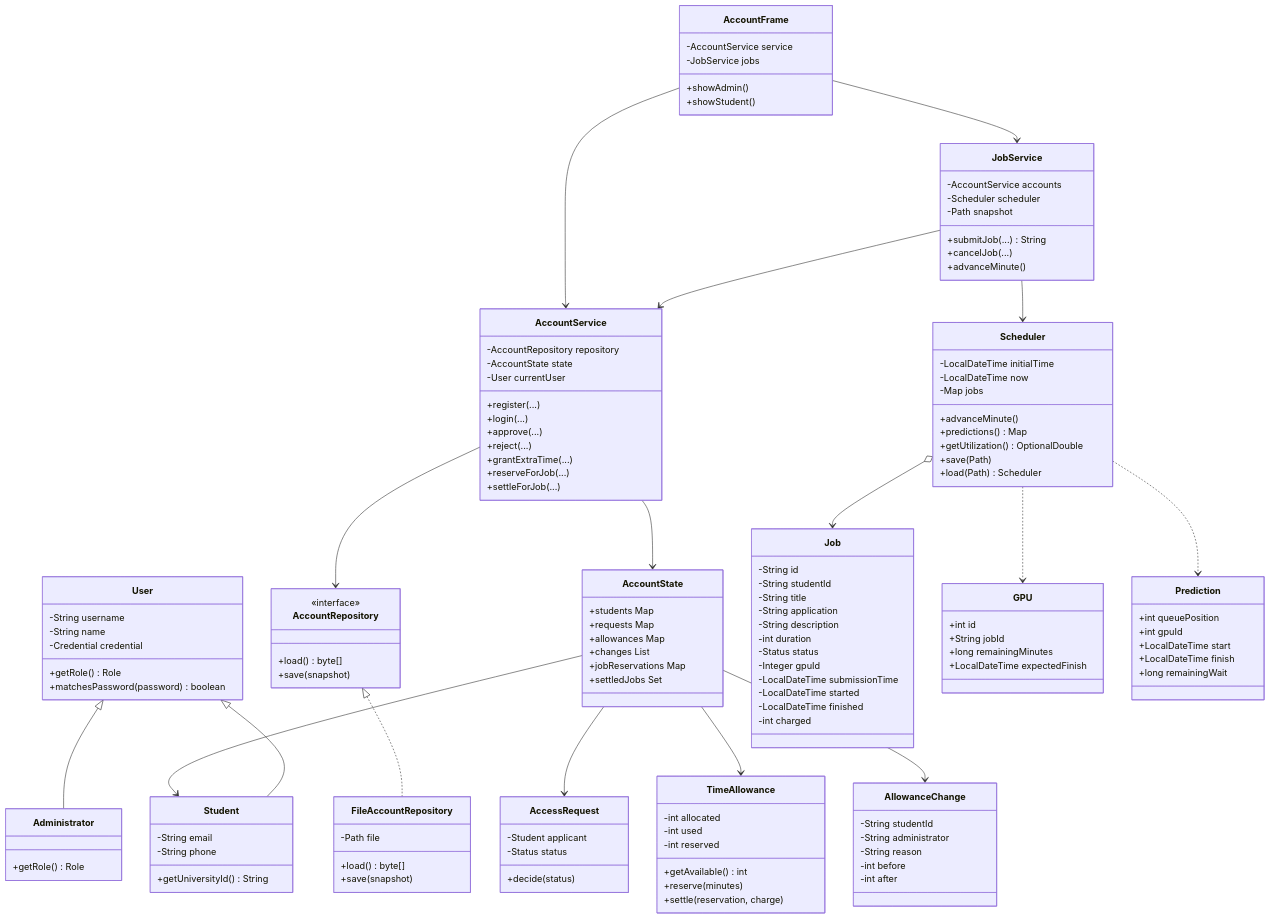
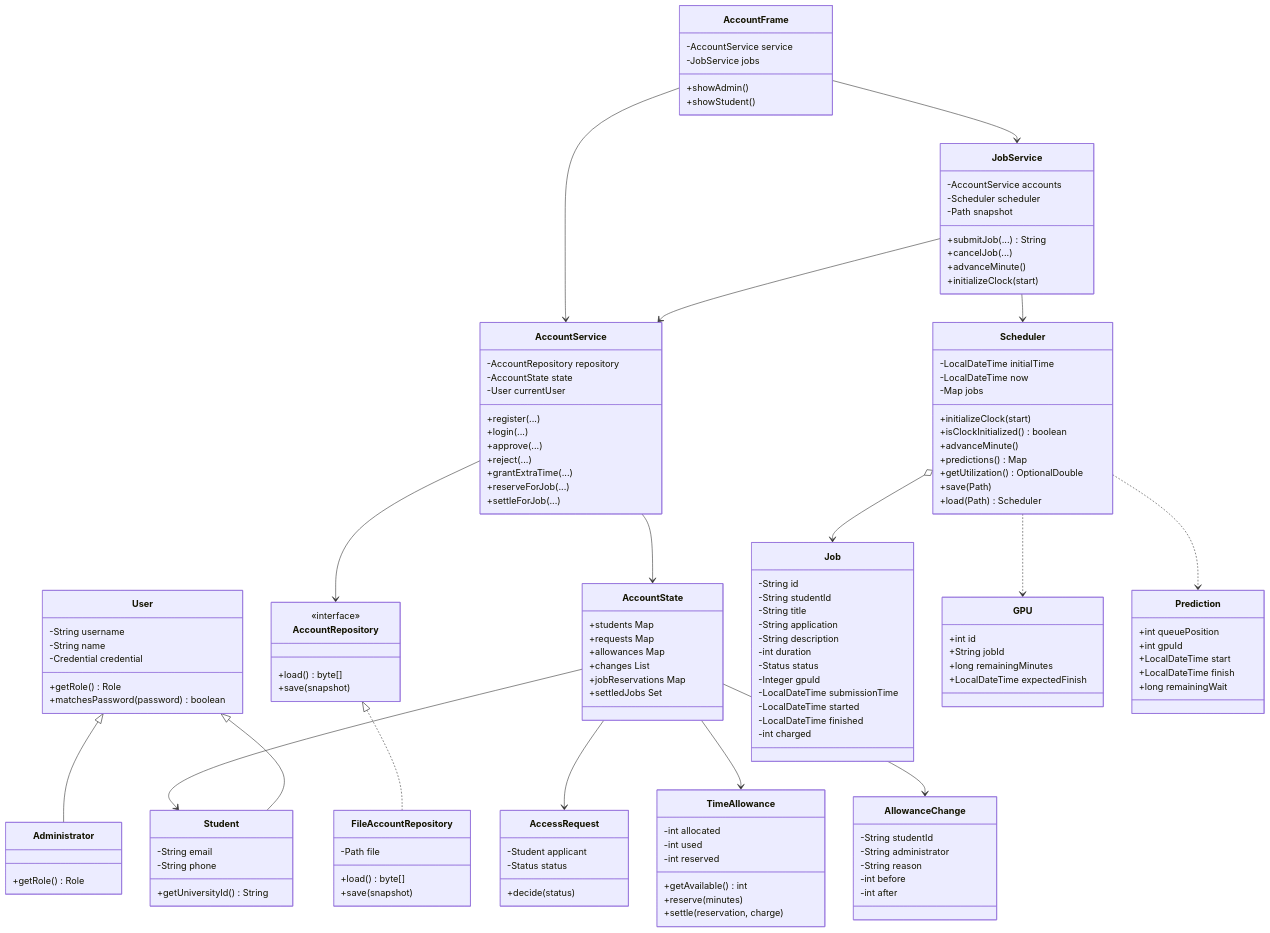
Before and after one commit to arwashanti9-lab/GPU-Utilization-Management: the diagram in README.md, drawn with Mermaid. The commit also changed other lines of this file, not shown here.

```diff
--- a/README.md
+++ b/README.md
@@ -156,11 +160,14 @@
         +submitJob(...) String
         +cancelJob(...)
         +advanceMinute()
+        +initializeClock(start)
     }
     class Scheduler {
         -LocalDateTime initialTime
         -LocalDateTime now
         -Map jobs
+        +initializeClock(start)
+        +isClockInitialized() boolean
         +advanceMinute()
         +predictions() Map
         +getUtilization() OptionalDouble
```
